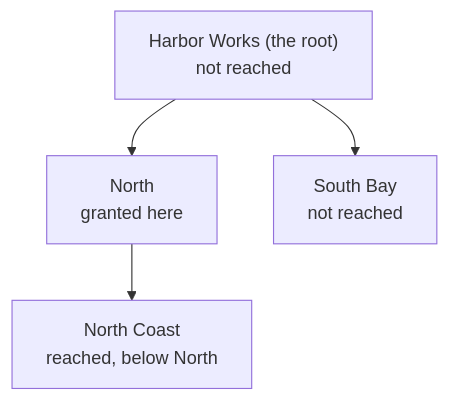
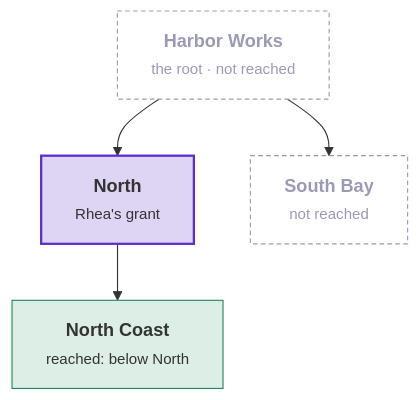
Before and after one commit to DylanSnel/DDDToolkit: the second of 2 diagrams in docs/tenancy/overview.md, drawn with Mermaid. The commit also changed other lines of this file and 24 other files, not shown here.

First line of the commit message:
Docs: plain prose and readable diagrams for Tenancy and Membership

````diff
--- a/docs/tenancy/overview.md
+++ b/docs/tenancy/overview.md
@@ -110,6 +122,16 @@
 ```mermaid
 flowchart TD
-    root["Harbor Works (the root)<br/>not reached"] --> north["North<br/>granted here"]
-    root --> south["South Bay<br/>not reached"]
-    north --> coast["North Coast<br/>reached, below North"]
+    root["<b>Harbor Works</b><br/><small>the root · not reached</small>"]
+    north["<b>North</b><br/><small>Rhea's grant</small>"]
+    south["<b>South Bay</b><br/><small>not reached</small>"]
+    coast["<b>North Coast</b><br/><small>reached: below North</small>"]
+    root --> north
+    root --> south
+    north --> coast
+    classDef strong fill:#5b2ec933,stroke:#5b2ec9,stroke-width:2px
+    classDef good fill:#1f8a5b26,stroke:#1f8a5b
+    classDef muted fill:none,stroke:#9a9ab5,stroke-dasharray:4 3,color:#9a9ab5
+    class north strong
+    class coast good
+    class root,south muted
 ```
````
